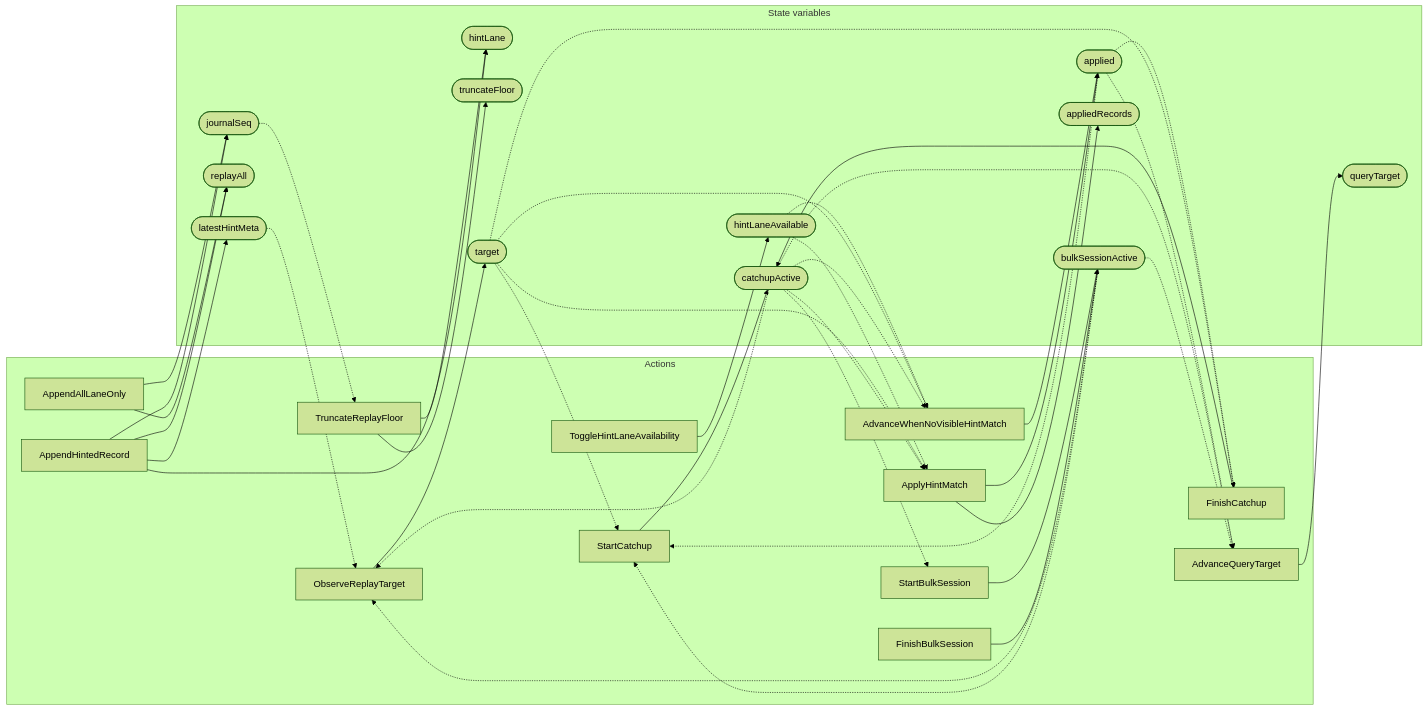
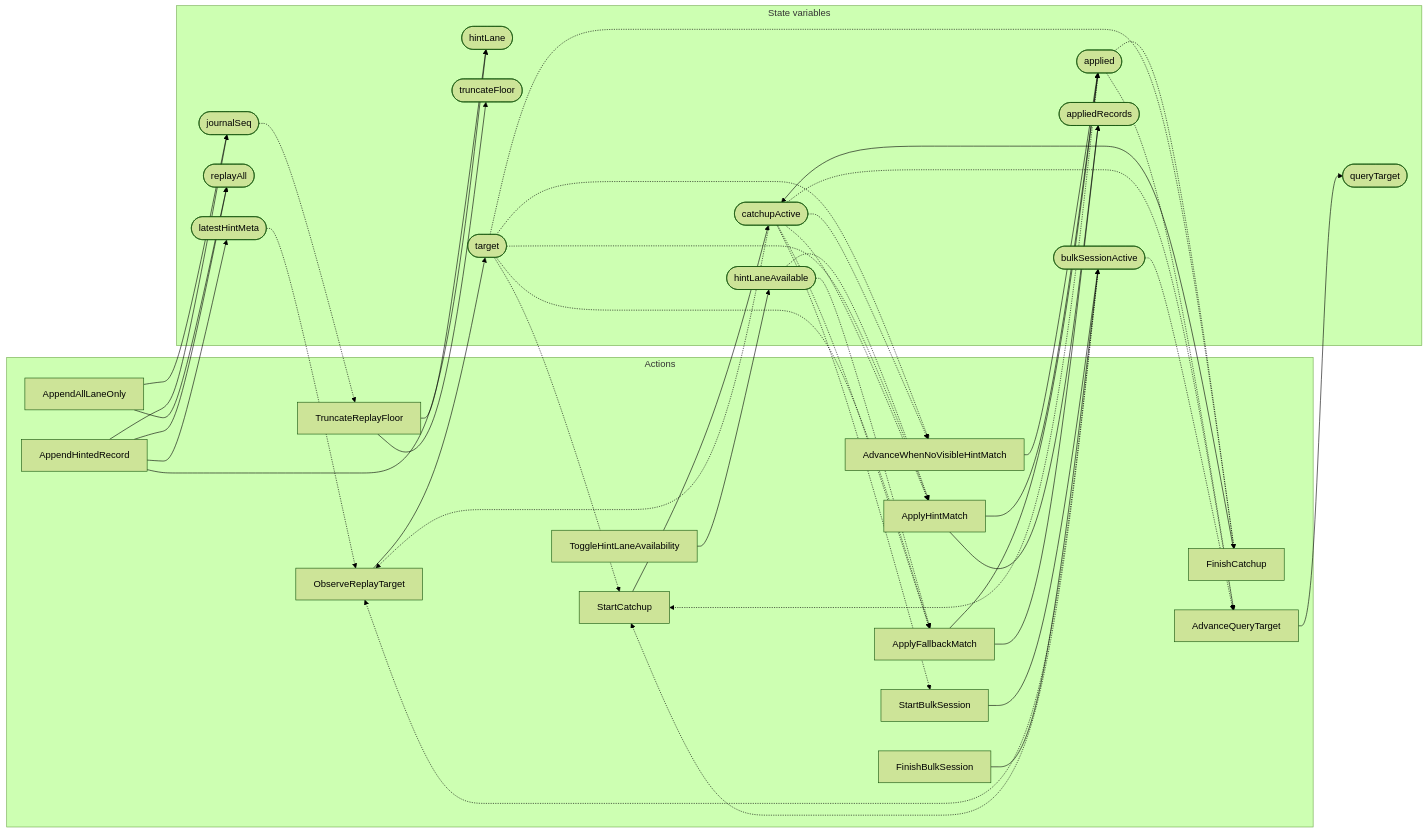
Before and after one commit to antflydb/antfly: the diagram in zig/specs/tla/diagrams/storage/db/AntflyDerivedReplay.md, drawn with Mermaid (forest theme). The commit also changed other lines of this file and 18 other files, not shown here.

````diff
--- a/zig/specs/tla/diagrams/storage/db/AntflyDerivedReplay.md
+++ b/zig/specs/tla/diagrams/storage/db/AntflyDerivedReplay.md
@@ -28,68 +29,73 @@
 ```mermaid
 flowchart LR
     subgraph actions["Actions"]
         a0[TruncateReplayFloor]
         a1[AppendAllLaneOnly]
         a2[AppendHintedRecord]
         a3[ToggleHintLaneAvailability]
         a4[StartBulkSession]
         a5[FinishBulkSession]
         a6[ObserveReplayTarget]
         a7[StartCatchup]
         a8[AdvanceWhenNoVisibleHintMatch]
         a9[FinishCatchup]
         a10[AdvanceQueryTarget]
         a11[ApplyHintMatch]
+        a12[ApplyFallbackMatch]
     end
     subgraph state["State variables"]
         v0([journalSeq])
         v1([hintLane])
         v2([truncateFloor])
         v3([replayAll])
         v4([latestHintMeta])
         v5([hintLaneAvailable])
         v6([catchupActive])
         v7([bulkSessionActive])
         v8([target])
         v9([applied])
         v10([queryTarget])
         v11([appliedRecords])
     end
     a0 --> v1
     a0 --> v2
     v0 -.-> a0
     a1 --> v0
     a1 --> v3
     a2 --> v0
     a2 --> v3
     a2 --> v1
     a2 --> v4
     a3 --> v5
     a4 --> v7
     v6 -.-> a4
     a5 --> v7
     a6 --> v8
     v4 -.-> a6
     v6 -.-> a6
     v7 -.-> a6
     a7 --> v6
     v9 -.-> a7
     v8 -.-> a7
     v7 -.-> a7
     a8 --> v9
-    v5 -.-> a8
     v8 -.-> a8
     v6 -.-> a8
     a9 --> v6
     v9 -.-> a9
     v8 -.-> a9
     a10 --> v10
     v9 -.-> a10
     v6 -.-> a10
     v7 -.-> a10
     a11 --> v9
     a11 --> v11
     v5 -.-> a11
     v8 -.-> a11
     v6 -.-> a11
+    a12 --> v9
+    a12 --> v11
+    v5 -.-> a12
+    v8 -.-> a12
+    v6 -.-> a12
 ```
````
